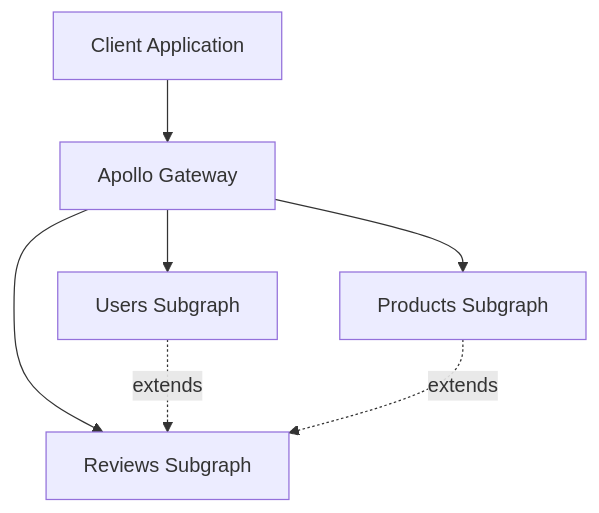
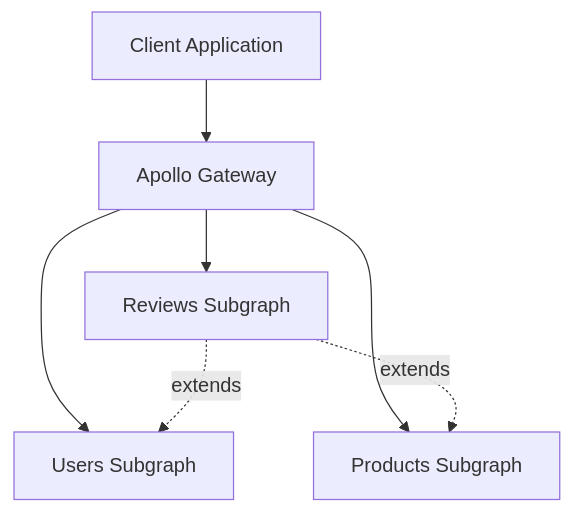
One commit to OneUptime/blog changed the first of 2 diagrams in posts/2026-01-30-graphql-federation-implementation/README.md. Above: the diagram before and after it, drawn with Mermaid. The commit also changed other lines of this file and 2 other files, not shown here.

Commit message:
validate: 2026-01-30-graphql-federation-implementation

````diff
--- a/posts/2026-01-30-graphql-federation-implementation/README.md
+++ b/posts/2026-01-30-graphql-federation-implementation/README.md
@@ -19,16 +19,16 @@
 ```mermaid
 graph TB
     Client[Client Application]
     Gateway[Apollo Gateway]
     Users[Users Subgraph]
     Products[Products Subgraph]
     Reviews[Reviews Subgraph]
 
     Client --> Gateway
     Gateway --> Users
     Gateway --> Products
     Gateway --> Reviews
 
-    Users -.->|extends| Reviews
-    Products -.->|extends| Reviews
+    Reviews -.->|extends| Users
+    Reviews -.->|extends| Products
 ```
````
